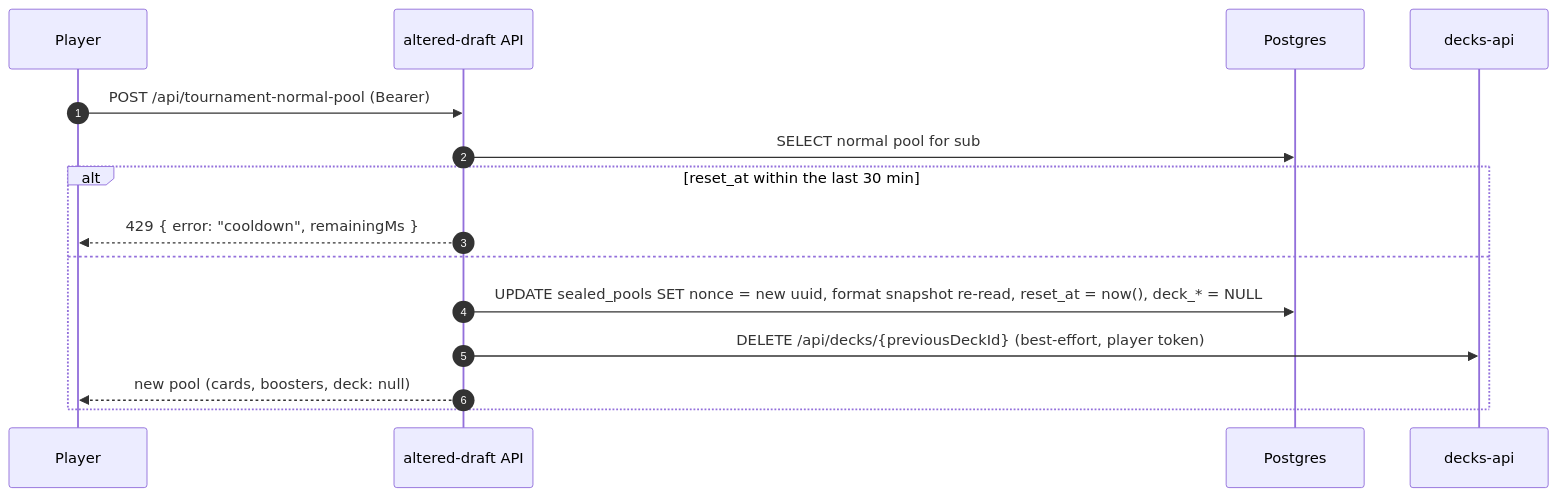
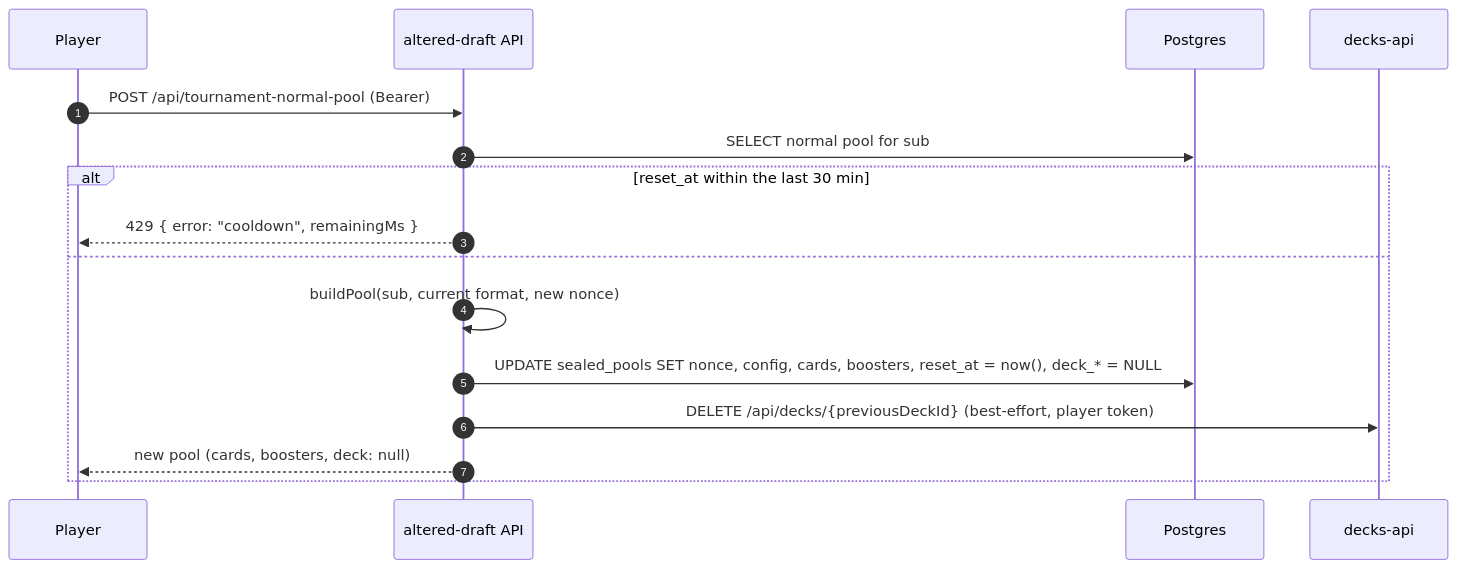
Before and after one commit to Altered-Re-Union/altered-draft: the fourth of 7 diagrams in docs/tournaments/README.md, drawn with Mermaid. The commit also changed other lines of this file and 3 other files, not shown here.

````diff
--- a/docs/tournaments/README.md
+++ b/docs/tournaments/README.md
@@ -317,18 +351,19 @@
 ```mermaid
 sequenceDiagram
   autonumber
   participant P as Player
   participant AD as altered-draft API
   participant DB as Postgres
   participant DA as decks-api
 
   P->>AD: POST /api/tournament-normal-pool (Bearer)
   AD->>DB: SELECT normal pool for sub
   alt reset_at within the last 30 min
     AD-->>P: 429 { error: "cooldown", remainingMs }
   else
-    AD->>DB: UPDATE sealed_pools SET nonce = new uuid, format snapshot re-read, reset_at = now(), deck_* = NULL
+    AD->>AD: buildPool(sub, current format, new nonce)
+    AD->>DB: UPDATE sealed_pools SET nonce, config, cards, boosters, reset_at = now(), deck_* = NULL
     AD->>DA: DELETE /api/decks/{previousDeckId} (best-effort, player token)
     AD-->>P: new pool (cards, boosters, deck: null)
   end
 ```
````
